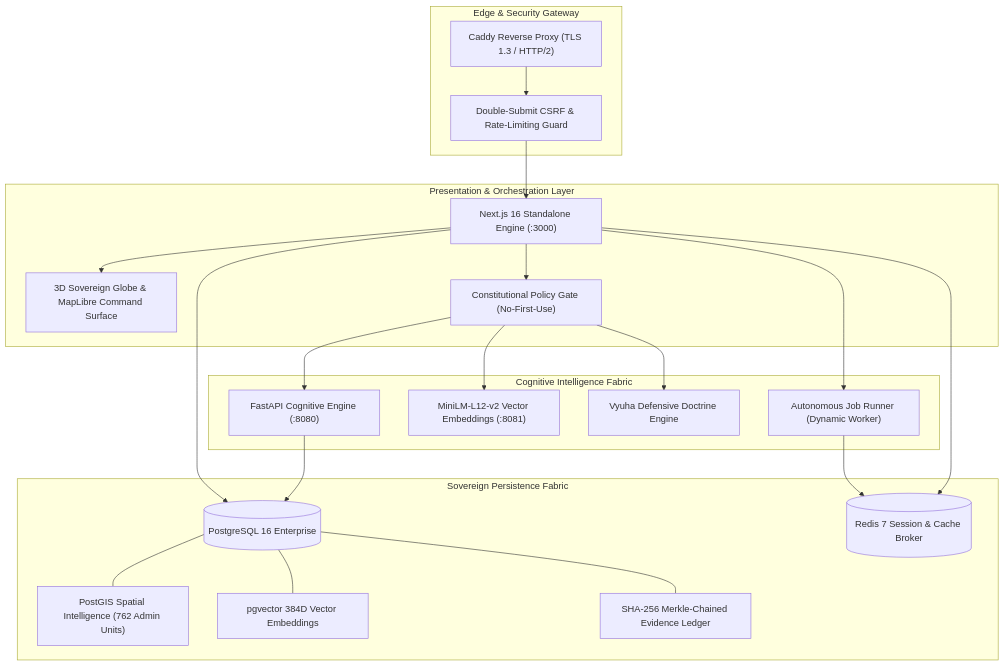
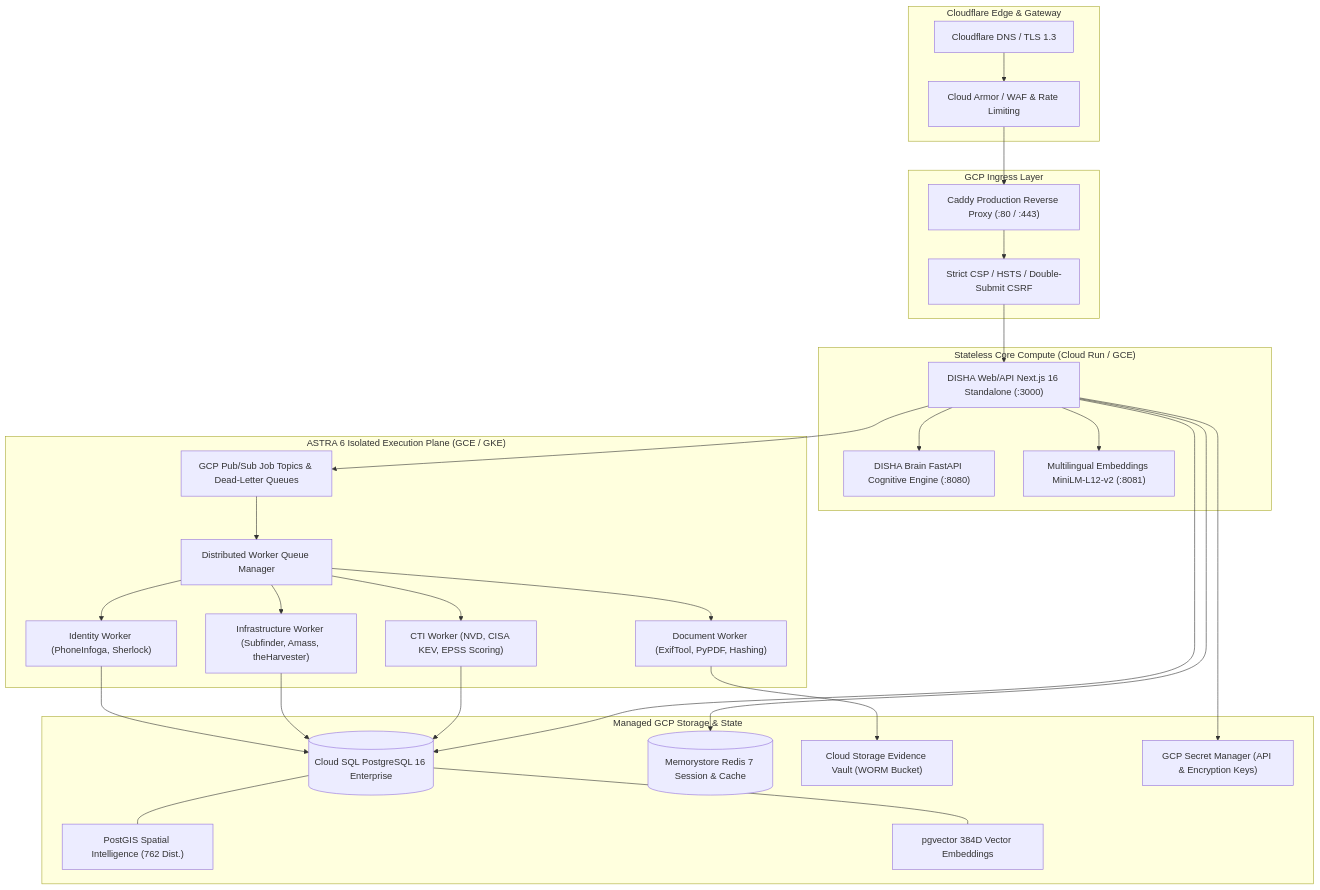
One commit to Tashima-Tarsh/Disha6.6 changed the diagram in README.md. Above: the diagram before and after it, drawn with Mermaid. The commit also changed other lines of this file and 2 other files, not shown here.

Commit message:
fix(types,docs): resolve route nullability, vault property mappings, and update architecture README

````diff
--- a/README.md
+++ b/README.md
@@ -33,43 +68,54 @@
 ```mermaid
 flowchart TB
-    subgraph Ingress ["Edge & Security Gateway"]
-        Caddy["Caddy Reverse Proxy (TLS 1.3 / HTTP/2)"]
-        WAF["Double-Submit CSRF & Rate-Limiting Guard"]
+    subgraph Edge ["Cloudflare Edge & Gateway"]
+        CF_DNS["Cloudflare DNS / TLS 1.3"]
+        CF_WAF["Cloud Armor / WAF & Rate Limiting"]
     end
 
-    subgraph Presentation ["Presentation & Orchestration Layer"]
-        Web["Next.js 16 Standalone Engine (:3000)"]
-        UI["3D Sovereign Globe & MapLibre Command Surface"]
-        PolicyGate["Constitutional Policy Gate (No-First-Use)"]
+    subgraph Ingress ["GCP Ingress Layer"]
+        Caddy["Caddy Production Reverse Proxy (:80 / :443)"]
+        SecHeaders["Strict CSP / HSTS / Double-Submit CSRF"]
     end
 
-    subgraph Intelligence ["Cognitive Intelligence Fabric"]
-        Brain["FastAPI Cognitive Engine (:8080)"]
-        Embeddings["MiniLM-L12-v2 Vector Embeddings (:8081)"]
-        Vyuha["Vyuha Defensive Doctrine Engine"]
-        Worker["Autonomous Job Runner (Dynamic Worker)"]
+    subgraph AppLayer ["Stateless Core Compute (Cloud Run / GCE)"]
+        Web["DISHA Web/API Next.js 16 Standalone (:3000)"]
+        Brain["DISHA Brain FastAPI Cognitive Engine (:8080)"]
+        Embed["Multilingual Embeddings MiniLM-L12-v2 (:8081)"]
     end
 
-    subgraph Persistence ["Sovereign Persistence Fabric"]
-        Postgres[("PostgreSQL 16 Enterprise")]
-        PostGIS["PostGIS Spatial Intelligence (762 Admin Units)"]
-        PgVector["pgvector 384D Vector Embeddings"]
-        Ledger["SHA-256 Merkle-Chained Evidence Ledger"]
-        Redis[("Redis 7 Session & Cache Broker")]
+    subgraph WorkerPlane ["ASTRA 6 Isolated Execution Plane (GCE / GKE)"]
+        PubSub["GCP Pub/Sub Job Topics & Dead-Letter Queues"]
+        WorkerQueue["Distributed Worker Queue Manager"]
+        IdWorker["Identity Worker (PhoneInfoga, Sherlock)"]
+        InfraWorker["Infrastructure Worker (Subfinder, Amass, theHarvester)"]
+        DocWorker["Document Worker (ExifTool, PyPDF, Hashing)"]
+        CtiWorker["CTI Worker (NVD, CISA KEV, EPSS Scoring)"]
     end
 
-    Caddy --> WAF --> Web
-    Web --> UI
-    Web --> PolicyGate
-    PolicyGate --> Brain
-    PolicyGate --> Embeddings
-    PolicyGate --> Vyuha
-    Web --> Worker
-    Brain --> Postgres
-    Web --> Postgres
-    Postgres --- PostGIS
-    Postgres --- PgVector
-    Postgres --- Ledger
+    subgraph Persistence ["Managed GCP Storage & State"]
+        CloudSQL[("Cloud SQL PostgreSQL 16 Enterprise")]
+        PostGIS["PostGIS Spatial Intelligence (762 Dist.)"]
+        PgVector["pgvector 384D Vector Embeddings"]
+        Redis[("Memorystore Redis 7 Session & Cache")]
+        VaultBucket["Cloud Storage Evidence Vault (WORM Bucket)"]
+        Secrets["GCP Secret Manager (API & Encryption Keys)"]
+    end
+
+    CF_DNS --> CF_WAF --> Caddy --> SecHeaders --> Web
+    Web --> Brain
+    Web --> Embed
+    Web --> PubSub --> WorkerQueue
+    WorkerQueue --> IdWorker
+    WorkerQueue --> InfraWorker
+    WorkerQueue --> DocWorker
+    WorkerQueue --> CtiWorker
+    IdWorker --> CloudSQL
+    InfraWorker --> CloudSQL
+    DocWorker --> VaultBucket
+    CtiWorker --> CloudSQL
+    Web --> CloudSQL
     Web --> Redis
-    Worker --> Redis
+    CloudSQL --- PostGIS
+    CloudSQL --- PgVector
+    Web --> Secrets
 ```
````
